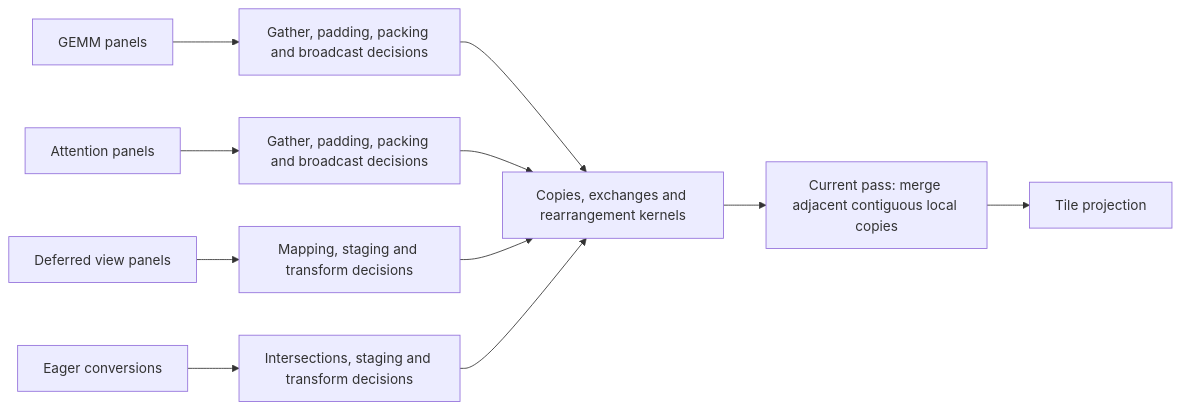
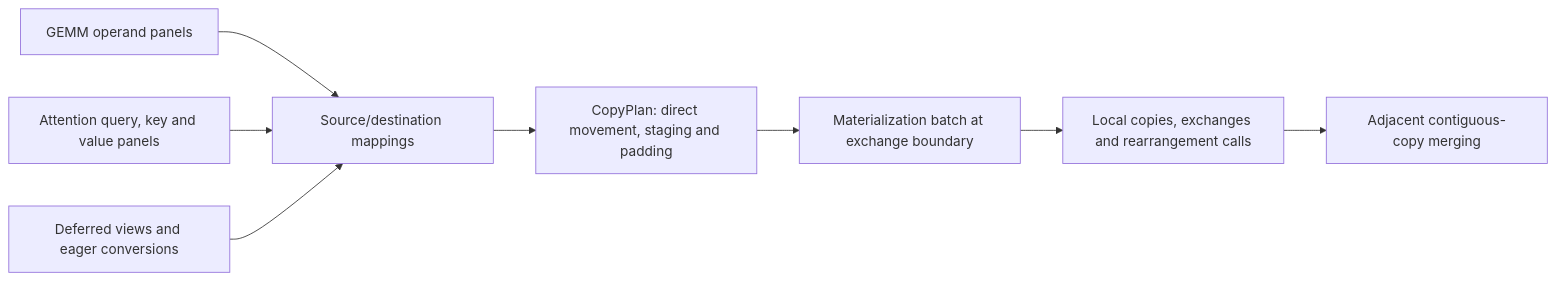
Before and after one commit to osmarks/ipu-stack: the third of 3 diagrams in docs/COMPILER_DATA_FLOW.md, drawn with Mermaid. The commit also changed other lines of this file and 30 other files, not shown here.

````diff
--- a/docs/COMPILER_DATA_FLOW.md
+++ b/docs/COMPILER_DATA_FLOW.md
@@ -143,13 +91,10 @@
 ```mermaid
 flowchart LR
-  G[GEMM panels] --> A[Gather, padding, packing and broadcast decisions]
-  T[Attention panels] --> B[Gather, padding, packing and broadcast decisions]
-  V[Deferred view panels] --> C[Mapping, staging and transform decisions]
-  E[Eager conversions] --> D[Intersections, staging and transform decisions]
-  A --> O[Copies, exchanges and rearrangement kernels]
-  B --> O
-  C --> O
-  D --> O
-  O --> P[Current pass: merge adjacent contiguous local copies]
-  P --> LOW[Tile projection]
+  G[GEMM operand panels] --> MAP[Source/destination mappings]
+  A[Attention query, key and value panels] --> MAP
+  V[Deferred views and eager conversions] --> MAP
+  MAP --> PLAN[CopyPlan: direct movement, staging and padding]
+  PLAN --> BATCH[Materialization batch at exchange boundary]
+  BATCH --> WORK[Local copies, exchanges and rearrangement calls]
+  WORK --> PASS[Adjacent contiguous-copy merging]
 ```
````
